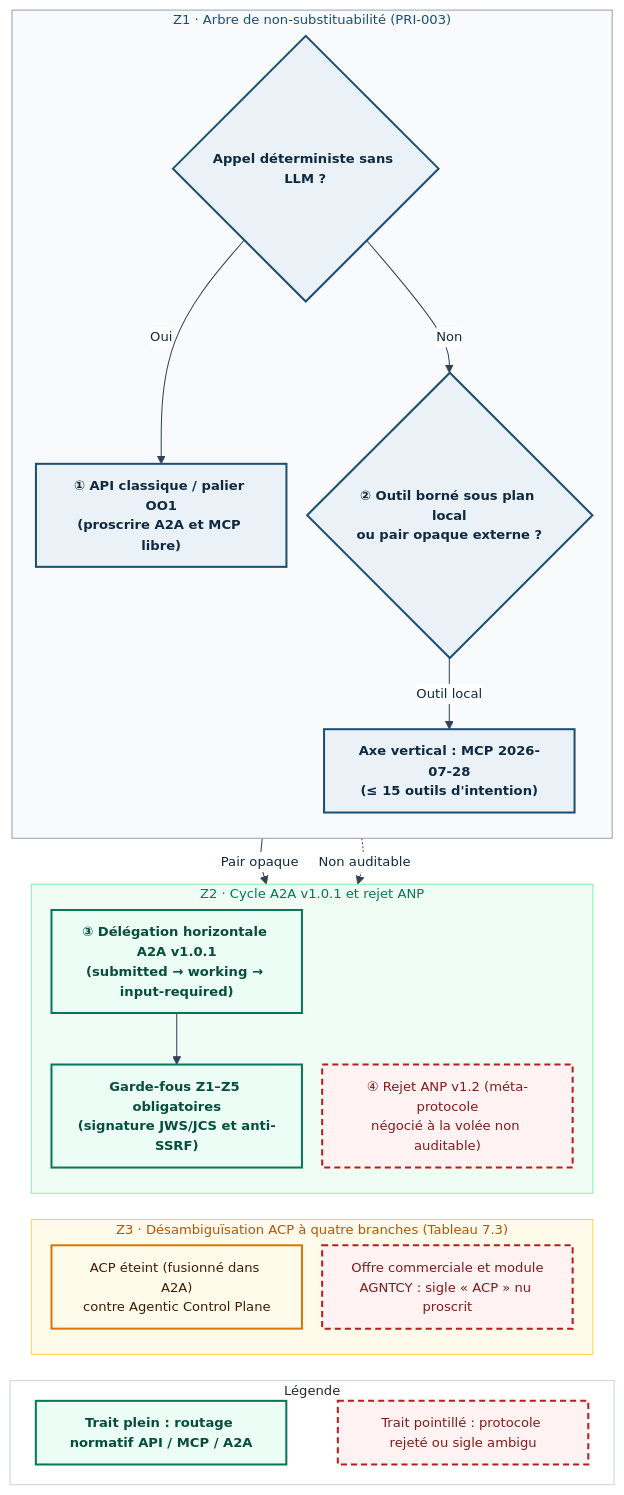
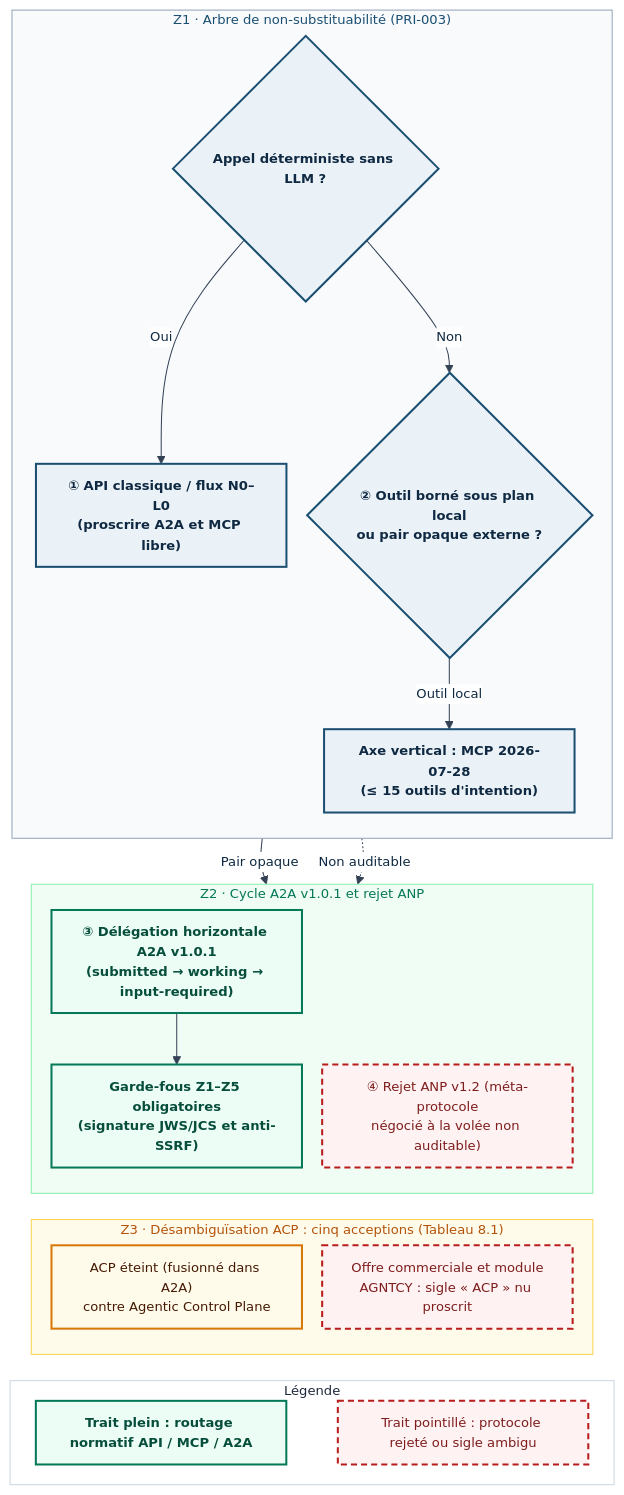
One commit to agbruneau/Agentique changed the diagram in Sources/Compendium/ouvrage/schemas/SCH-08-01.mmd. Above: the diagram before and after it, drawn with Mermaid. The commit also changed 121 other files, not shown here.

```diff
--- a/Sources/Compendium/ouvrage/schemas/SCH-08-01.mmd
+++ b/Sources/Compendium/ouvrage/schemas/SCH-08-01.mmd
@@ -1,48 +1,48 @@
 %%{init: {'theme': 'base', 'themeVariables': {'fontFamily': 'DejaVu Sans', 'fontSize': '13px', 'lineColor': '#334155', 'edgeLabelBackground': '#FFFFFF', 'primaryTextColor': '#0F2942'}, 'flowchart': {'nodeSpacing': 20, 'rankSpacing': 26, 'padding': 12}}}%%
 flowchart TB
   subgraph Z1["Z1 · Arbre de non-substituabilité (PRI-003)"]
     direction TB
     N1{"Appel déterministe sans LLM ?"}:::det
-    N2["① API classique / palier OO1<br/>(proscrire A2A et MCP libre)"]:::det
+    N2["① API classique / flux N0–L0<br/>(proscrire A2A et MCP libre)"]:::det
     N3{"② Outil borné sous plan local<br/>ou pair opaque externe ?"}:::det
     N4["Axe vertical : MCP 2026-07-28<br/>(≤ 15 outils d'intention)"]:::det
     N1 -->|"Oui"| N2
     N1 -->|"Non"| N3
     N3 -->|"Outil local"| N4
   end
 
   subgraph Z2["Z2 · Cycle A2A v1.0.1 et rejet ANP"]
     direction TB
     N5["③ Délégation horizontale A2A v1.0.1<br/>(submitted → working → input-required)"]:::green
     N6["Garde-fous Z1–Z5 obligatoires<br/>(signature JWS/JCS et anti-SSRF)"]:::green
     N7["④ Rejet ANP v1.2 (méta-protocole<br/>négocié à la volée non auditable)"]:::warn
     N5 --> N6
   end
 
-  subgraph Z3["Z3 · Désambiguïsation ACP à quatre branches (Tableau 7.3)"]
+  subgraph Z3["Z3 · Désambiguïsation ACP : cinq acceptions (Tableau 8.1)"]
     direction TB
     N8["ACP éteint (fusionné dans A2A)<br/>contre Agentic Control Plane"]:::amber
     N9["Offre commerciale et module<br/>AGNTCY : sigle « ACP » nu proscrit"]:::warn
   end
 
   N3 -->|"Pair opaque"| N5
   N3 -.->|"Non auditable"| N7
   N6 ~~~ N8
 
   subgraph LEG["Légende"]
     direction LR
     L_DET["Trait plein : routage normatif API / MCP / A2A"]:::green
     L_PROB["Trait pointillé : protocole rejeté ou sigle ambigu"]:::warn
     L_DET ~~~ L_PROB
   end
 
   N9 ~~~ L_DET
 
   classDef det fill:#EBF2F7,stroke:#1B4F72,stroke-width:2px,color:#0F2942,font-weight:bold
   classDef green fill:#ECFDF5,stroke:#047857,stroke-width:2px,color:#064E3B,font-weight:bold
   classDef amber fill:#FFFBEB,stroke:#D97706,stroke-width:2px,color:#451A03
   classDef warn fill:#FEF2F2,stroke:#B91C1C,stroke-width:2px,stroke-dasharray:6 4,color:#7F1D1D
   style Z1 fill:#F8FAFC,stroke:#94A3B8,color:#1B4F72
   style Z2 fill:#F0FDF4,stroke:#86EFAC,color:#047857
   style Z3 fill:#FFFBEB,stroke:#FCD34D,color:#B45309
   style LEG fill:#FFFFFF,stroke:#CBD5E1,color:#1E293B
```
